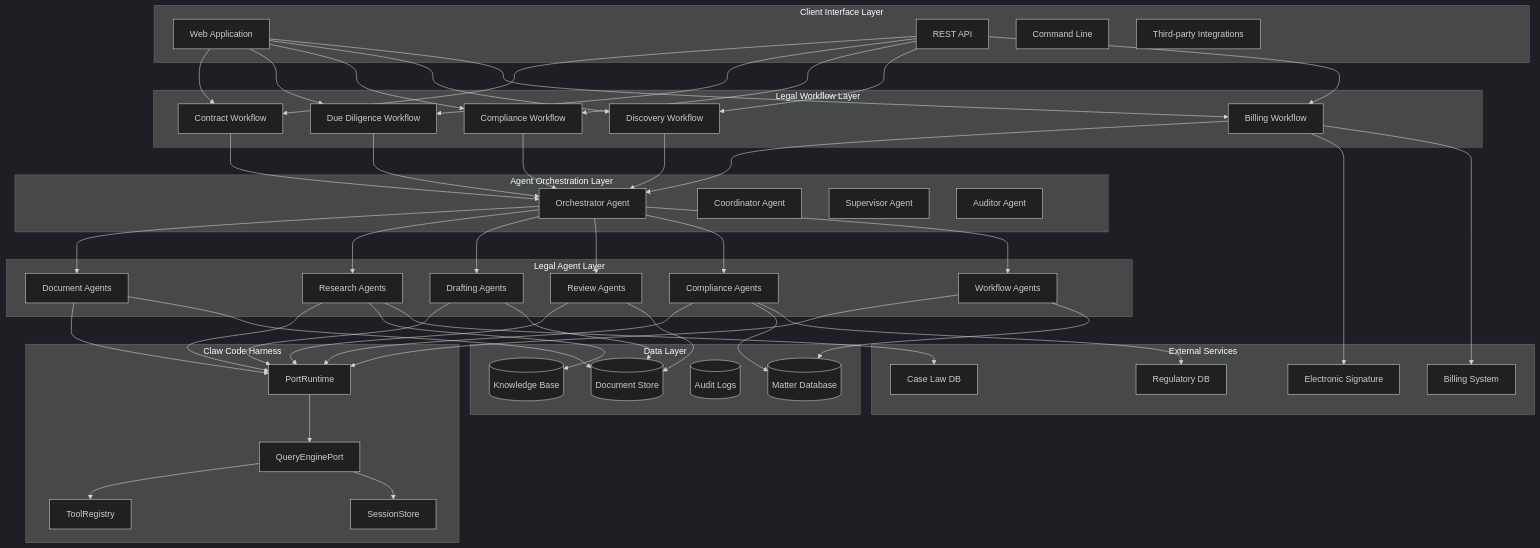
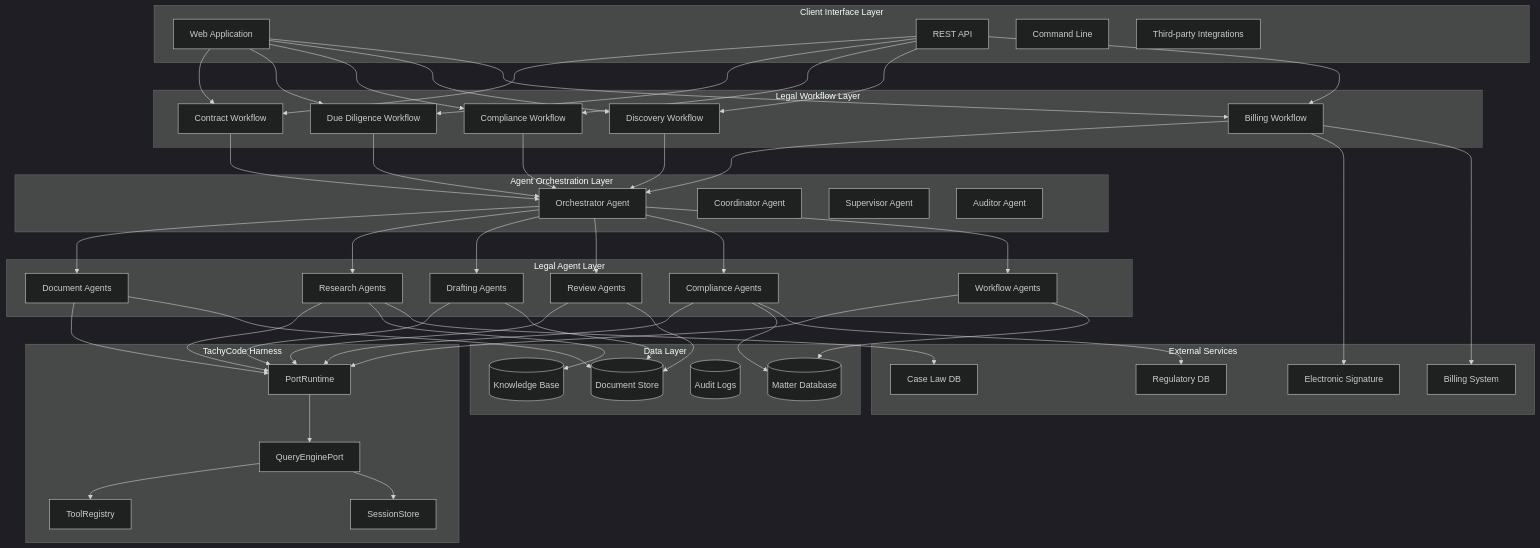
Before and after one commit to Anteneh-T-Tessema/tachyagent: diagram 11 of 15 in LEGAL_WORKFLOW_ARCHITECTURE.md, drawn with Mermaid (dark theme). The commit also changed other lines of this file and 149 other files, not shown here.

```diff
--- a/LEGAL_WORKFLOW_ARCHITECTURE.md
+++ b/LEGAL_WORKFLOW_ARCHITECTURE.md
@@ -865,7 +865,7 @@
         WF[Workflow Agents]
     end
 
-    subgraph "Claw Code Harness"
+    subgraph "TachyCode Harness"
         PR[PortRuntime]
         QE[QueryEnginePort]
         TR[ToolRegistry]
```
